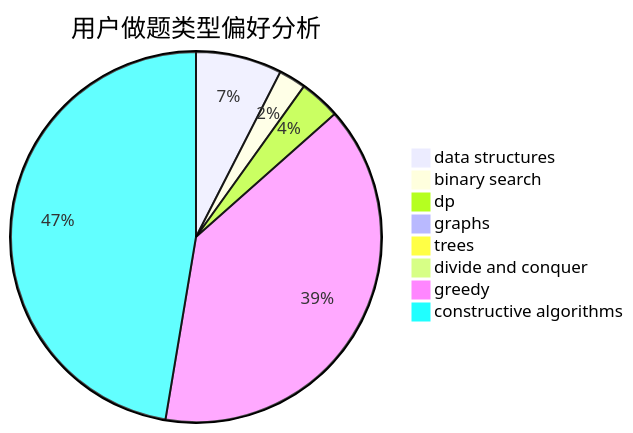
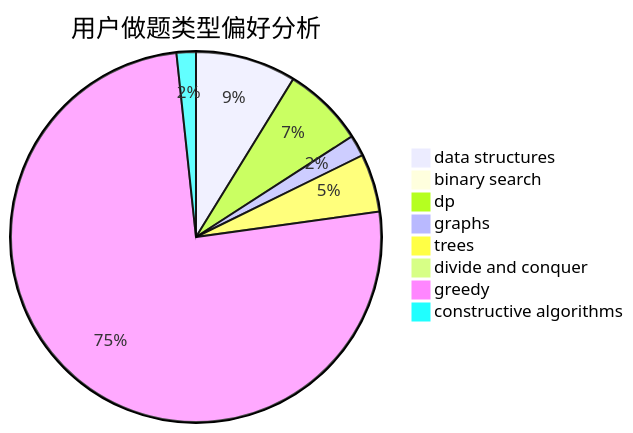
One commit to sherpahu/cfrs.github.io changed the second of 3 diagrams in docs/user/u2143.md. Above: the diagram before and after it, drawn with Mermaid. The commit also changed other lines of this file and 2770 other files, not shown here.

````diff
--- a/docs/user/u2143.md
+++ b/docs/user/u2143.md
@@ -23,11 +23,11 @@
 ```mermaid
 pie title 用户做题类型偏好分析
-    "data structures" :  57
-    "binary search" :  18
-    "dp" :  27
-    "graphs" :  5
-    "trees" :  4
-    "divide and conquer" :  4
-    "greedy" :  297
-    "constructive algorithms" :  359
+    "data structures" :  52
+    "binary search" :  2
+    "dp" :  42
+    "graphs" :  11
+    "trees" :  30
+    "divide and conquer" :  0
+    "greedy" :  447
+    "constructive algorithms" :  10
 ```
````
